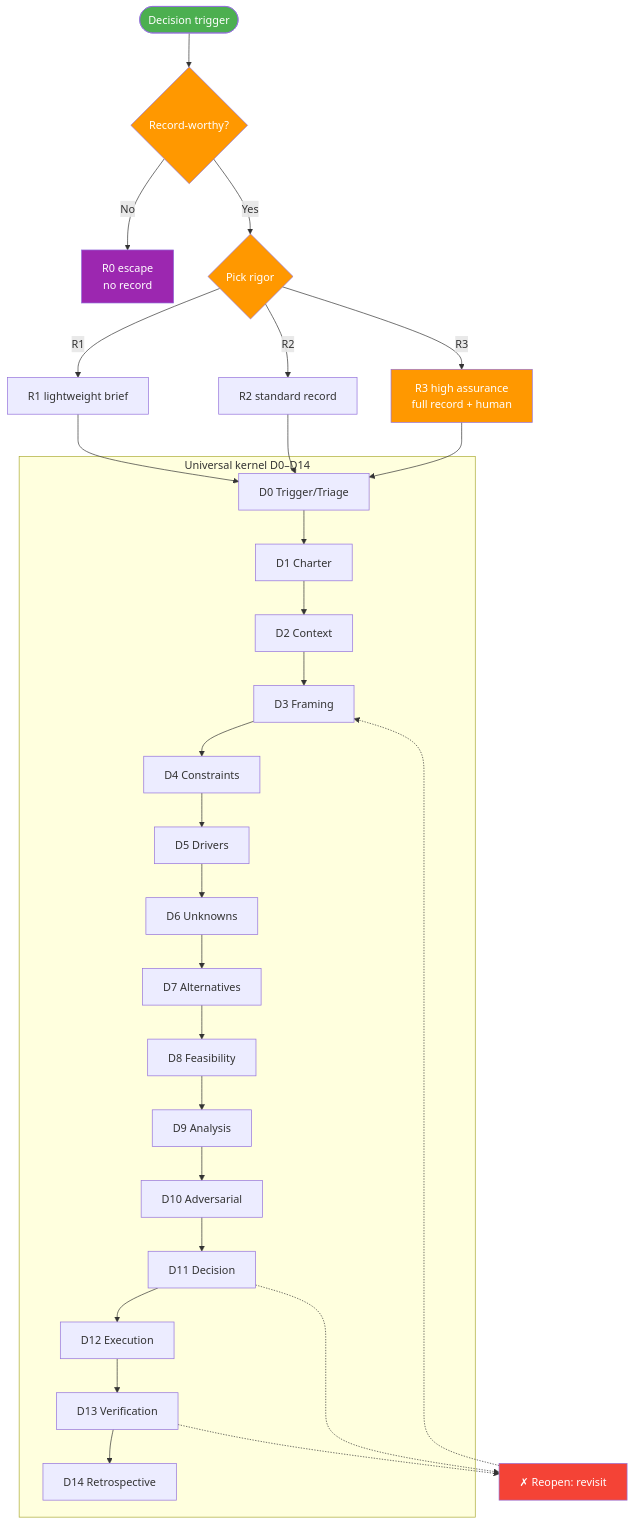
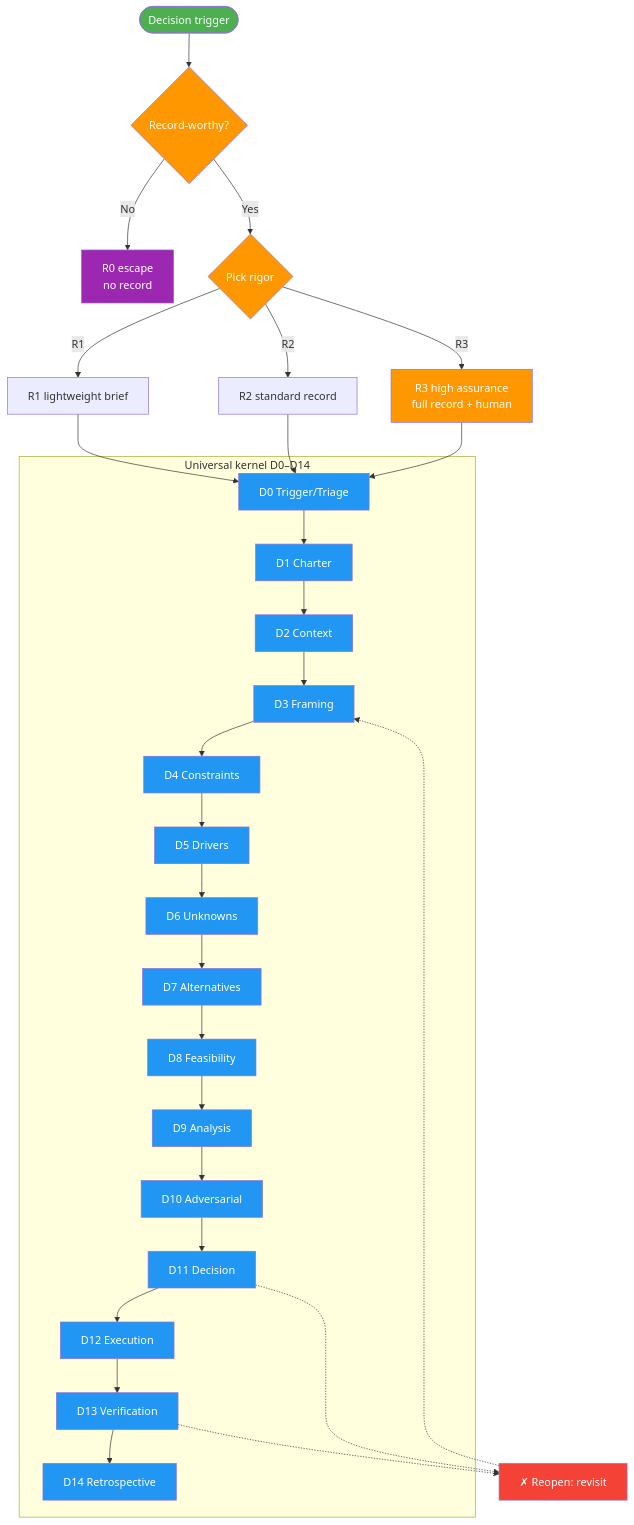
One commit to juliusz-cwiakalski/agentic-delivery-os changed the diagram in doc/guides/decision-making.md. Above: the diagram before and after it, drawn with Mermaid. The commit also changed 3 other files, not shown here.

First line of the commit message:
docs(gh-85): harden lifecycle diagram + reconcile diagram legends per red-team R2

````diff
--- a/doc/guides/decision-making.md
+++ b/doc/guides/decision-making.md
@@ -17,42 +17,44 @@
 ```mermaid
 flowchart TD
     TRIG(["Decision trigger"]) --> TRIAGE{"Record-worthy?"}
     TRIAGE -->|No| R0["R0 escape<br/>no record"]
     TRIAGE -->|Yes| RIGOR{"Pick rigor"}
 
     RIGOR -->|R1| R1["R1 lightweight brief"]
     RIGOR -->|R2| R2["R2 standard record"]
     RIGOR -->|R3| R3["R3 high assurance<br/>full record + human"]
 
     R1 --> K0
     R2 --> K0
     R3 --> K0
 
     subgraph Kernel["Universal kernel D0–D14"]
         K0["D0 Trigger/Triage"] --> K1["D1 Charter"]
         K1 --> K2["D2 Context"]
         K2 --> K3["D3 Framing"]
         K3 --> K4["D4 Constraints"]
         K4 --> K5["D5 Drivers"]
         K5 --> K6["D6 Unknowns"]
         K6 --> K7["D7 Alternatives"]
         K7 --> K8["D8 Feasibility"]
         K8 --> K9["D9 Analysis"]
         K9 --> K10["D10 Adversarial"]
         K10 --> K11["D11 Decision"]
         K11 --> K12["D12 Execution"]
         K12 --> K13["D13 Verification"]
         K13 --> K14["D14 Retrospective"]
     end
 
     K11 -.-> RV["✗ Reopen: revisit"]
     RV -.-> K3
     K13 -.-> RV
 
     style TRIG fill:#4CAF50,color:#fff
     style R0 fill:#9C27B0,color:#fff
     style TRIAGE fill:#FF9800,color:#fff
     style RIGOR fill:#FF9800,color:#fff
     style R3 fill:#FF9800,color:#fff
     style RV fill:#F44336,color:#fff
+    classDef kernel fill:#2196F3,color:#fff
+    class K0,K1,K2,K3,K4,K5,K6,K7,K8,K9,K10,K11,K12,K13,K14 kernel
 ```
````
